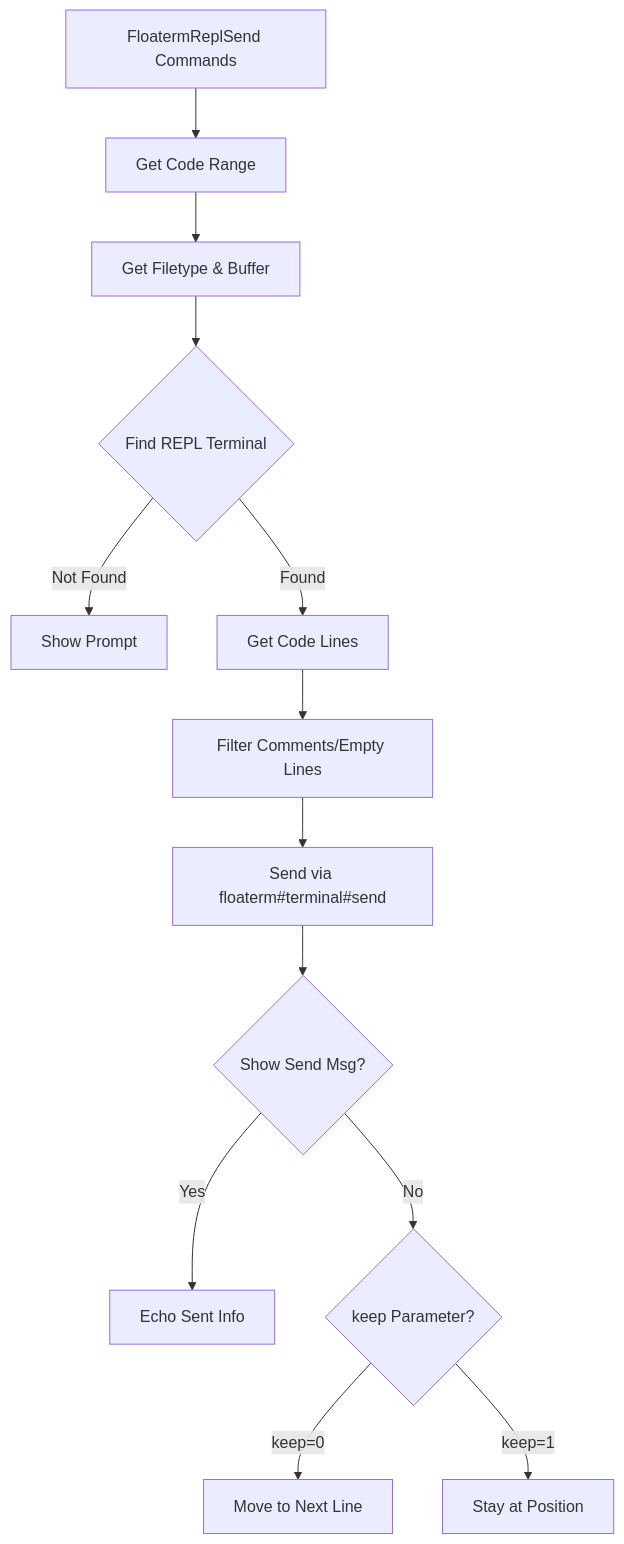
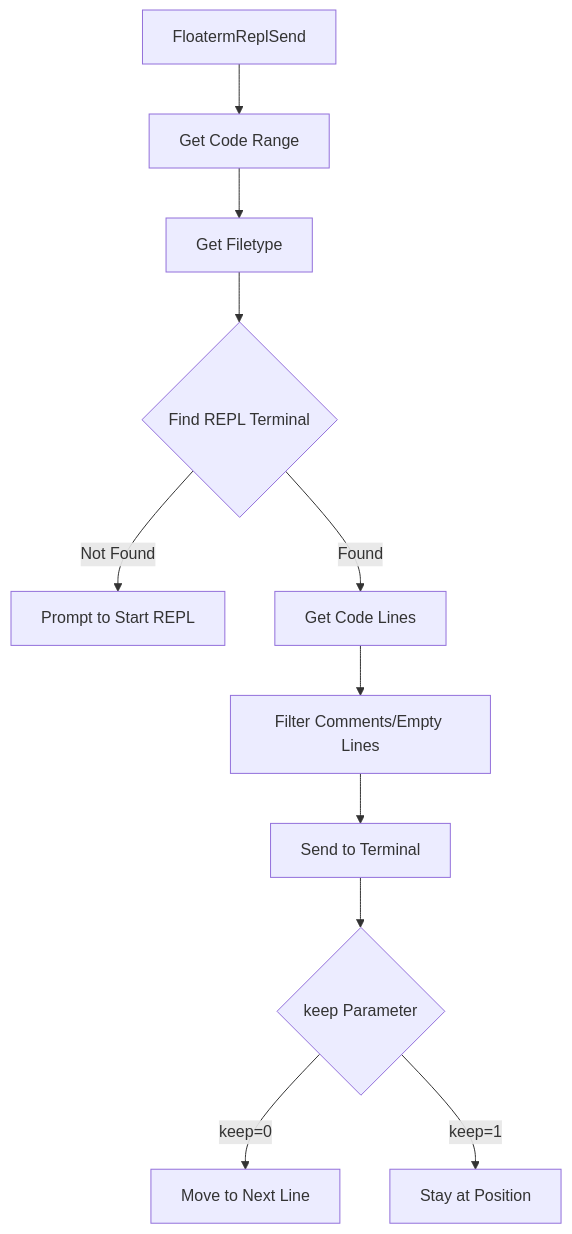
The fourth of 5 diagrams in README.md (leoatchina/vim-floaterm-enhance), drawn with Mermaid before and after one commit. The commit also changed other lines of this file and 1 other file, not shown here.

````diff
--- a/README.md
+++ b/README.md
@@ -65,16 +148,13 @@
 ```mermaid
 graph TB
-    Send[FloatermReplSend Commands] --> GetRange[Get Code Range]
-    GetRange --> GetFT[Get Filetype & Buffer]
+    Send[FloatermReplSend] --> GetRange[Get Code Range]
+    GetRange --> GetFT[Get Filetype]
     GetFT --> FindTerm{Find REPL Terminal}
-    FindTerm -->|Not Found| Prompt[Show Prompt]
+    FindTerm -->|Not Found| Prompt[Prompt to Start REPL]
     FindTerm -->|Found| GetLines[Get Code Lines]
     GetLines --> Filter[Filter Comments/Empty Lines]
-    Filter --> SendData[Send via floaterm#terminal#send]
-    SendData --> ShowMsg{Show Send Msg?}
-    ShowMsg -->|Yes| Msg[Echo Sent Info]
-    ShowMsg -->|No| KeepCheck
-    KeepCheck{keep Parameter?}
+    Filter --> SendData[Send to Terminal]
+    SendData --> KeepCheck{keep Parameter}
     KeepCheck -->|keep=0| MoveNext[Move to Next Line]
     KeepCheck -->|keep=1| Stay[Stay at Position]
 ```
````
